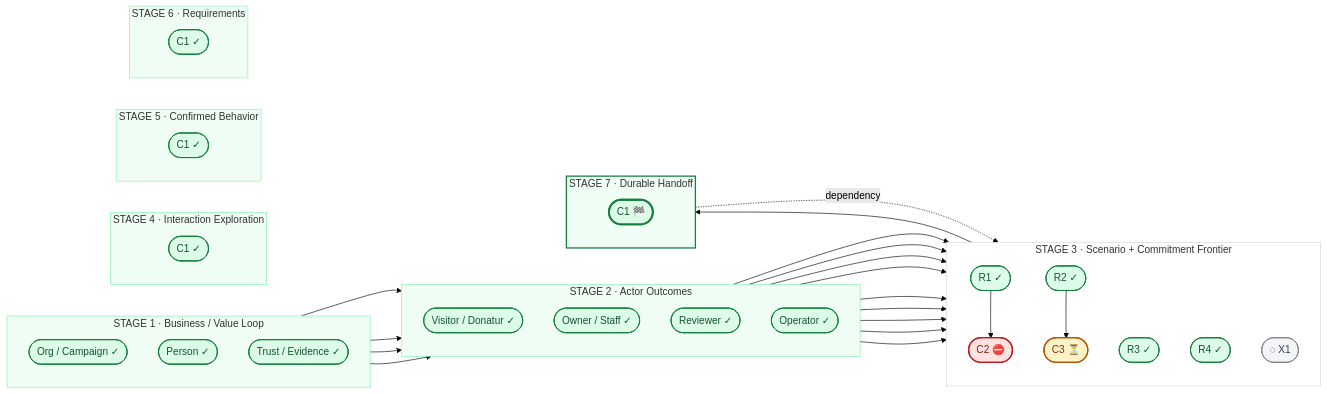
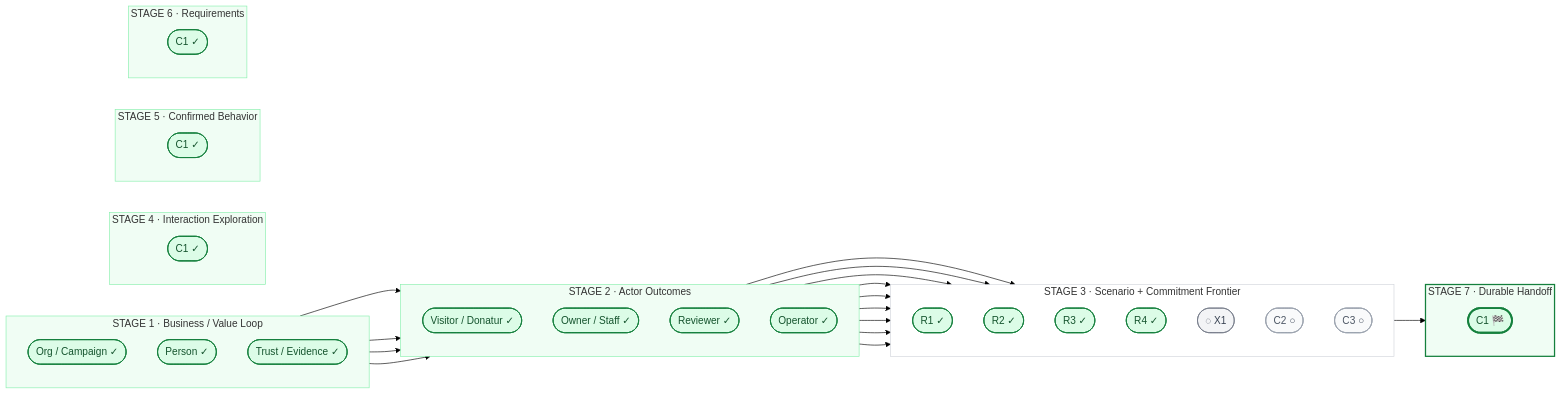
The diagram in docs/product/pilot-3-control-tower.md (anhsbolic/kencleng), drawn with Mermaid (forest theme) before and after one commit. The commit also changed other lines of this file, not shown here.

```diff
--- a/docs/product/pilot-3-control-tower.md
+++ b/docs/product/pilot-3-control-tower.md
@@ -43,8 +43,8 @@
     R4(["R4 ✓"])
     X1(["◌ X1"])
 
-    C2(["C2 ⛔"])
-    C3(["C3 ⏳"])
+    C2(["C2 ○"])
+    C3(["C3 ○"])
   end
 
   subgraph S4["STAGE 4 · Interaction Exploration"]
@@ -83,10 +83,6 @@
   A4 --> X1
 
   R1 --> C1
-  R1 --> C2
-  R2 --> C3
-
-  C1 -. "dependency" .-> C3
 
   classDef complete fill:#dcfce7,stroke:#15803d,color:#14532d,stroke-width:1.5px;
   classDef eligible fill:#dbeafe,stroke:#1d4ed8,color:#1e3a8a,stroke-width:2px;
@@ -94,6 +90,7 @@
   classDef routeComplete fill:#dcfce7,stroke:#15803d,color:#14532d,stroke-width:3px;
   classDef blocked fill:#fee2e2,stroke:#b91c1c,color:#7f1d1d,stroke-width:2px;
   classDef waiting fill:#fef3c7,stroke:#b45309,color:#78350f,stroke-width:2px;
+  classDef parked fill:#f9fafb,stroke:#9ca3af,color:#4b5563,stroke-width:1.5px;
   classDef probe fill:#f3f4f6,stroke:#6b7280,color:#374151;
   classDef ghost fill:transparent,stroke:transparent,color:transparent;
 
@@ -102,8 +99,7 @@
   class C1S5 complete;
   class C1S6 complete;
   class C1 routeComplete;
-  class C2 blocked;
-  class C3 waiting;
+  class C2,C3 parked;
   class X1 probe;
 
 
```
